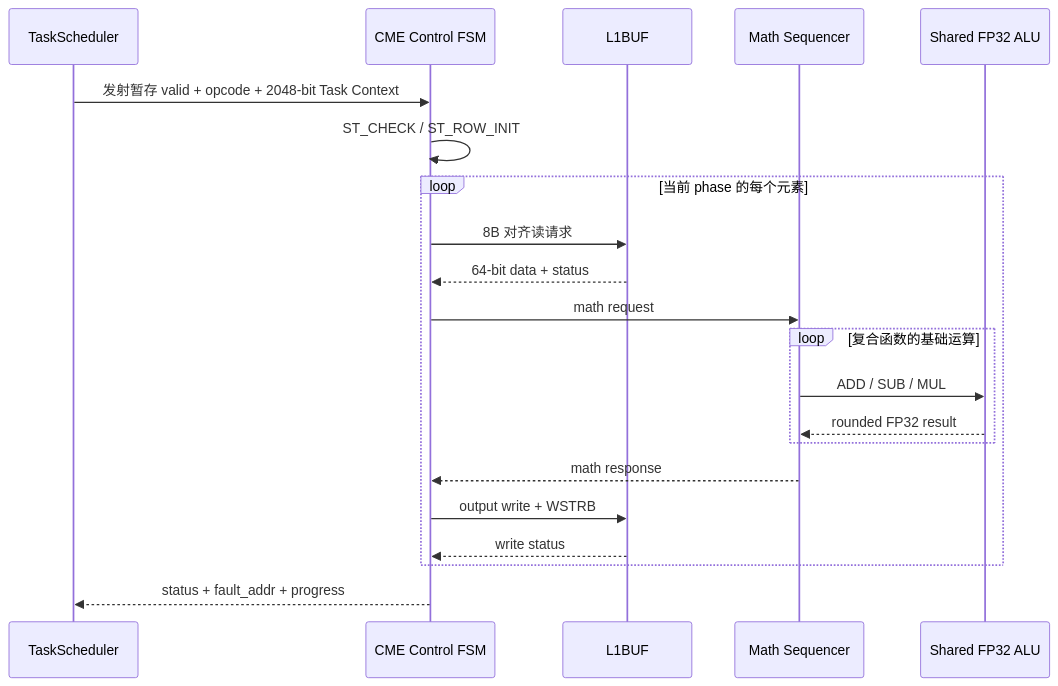
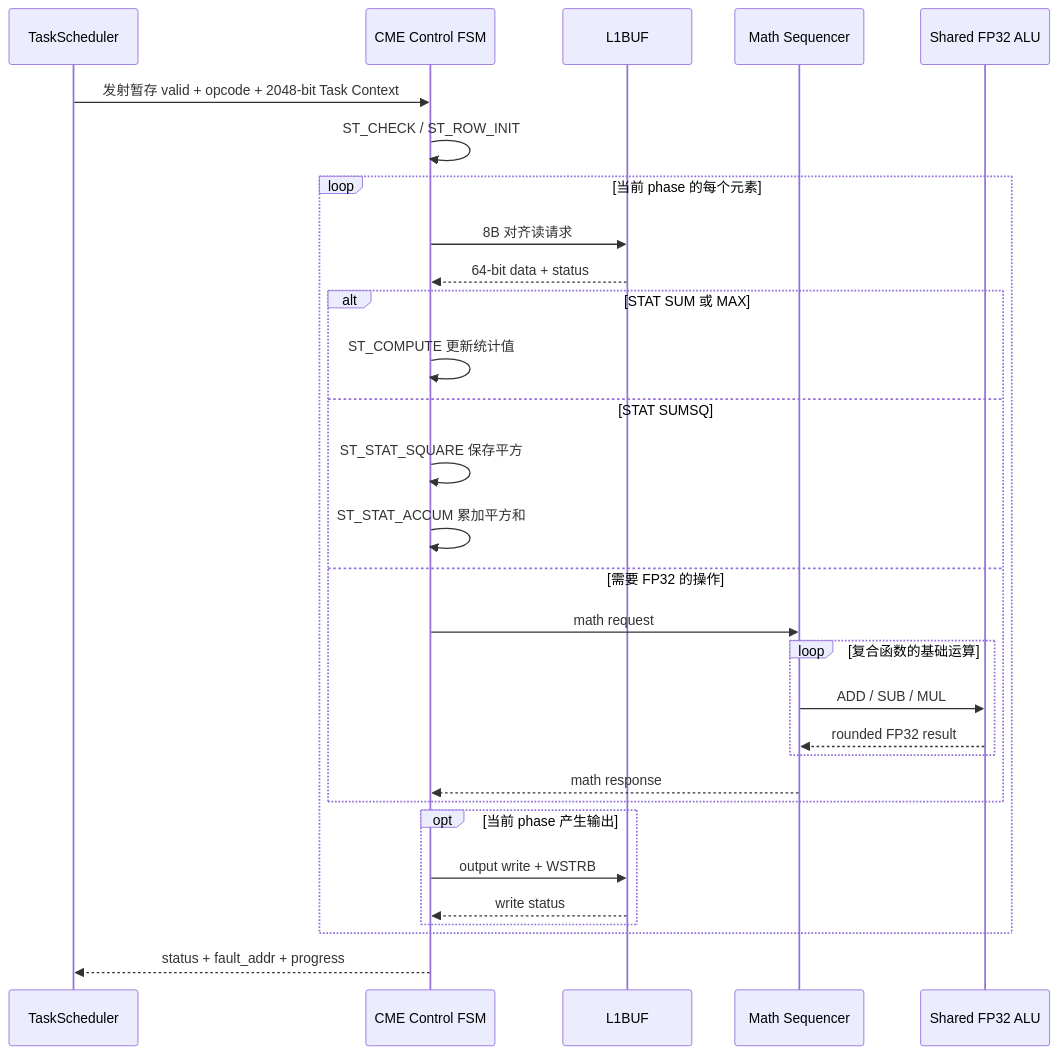
One commit to Little-W/Obsidian changed diagram 11 of 19 in NPU/NPU 指令与硬件架构设计 Spec.md. Above: the diagram before and after it, drawn with Mermaid. The commit also changed other lines of this file and 90 other files, not shown here.

````diff
--- a/NPU/NPU 指令与硬件架构设计 Spec.md
+++ b/NPU/NPU 指令与硬件架构设计 Spec.md
@@ -3626,24 +3708,33 @@
 ```mermaid
 sequenceDiagram
     participant TS as TaskScheduler
     participant CME as CME Control FSM
     participant L1 as L1BUF
     participant MS as Math Sequencer
     participant FA as Shared FP32 ALU
 
     TS->>CME: 发射暂存 valid + opcode + 2048-bit Task Context
     CME->>CME: ST_CHECK / ST_ROW_INIT
     loop 当前 phase 的每个元素
         CME->>L1: 8B 对齐读请求
         L1-->>CME: 64-bit data + status
-        CME->>MS: math request
-        loop 复合函数的基础运算
-            MS->>FA: ADD / SUB / MUL
-            FA-->>MS: rounded FP32 result
+        alt STAT SUM 或 MAX
+            CME->>CME: ST_COMPUTE 更新统计值
+        else STAT SUMSQ
+            CME->>CME: ST_STAT_SQUARE 保存平方
+            CME->>CME: ST_STAT_ACCUM 累加平方和
+        else 需要 FP32 的操作
+            CME->>MS: math request
+            loop 复合函数的基础运算
+                MS->>FA: ADD / SUB / MUL
+                FA-->>MS: rounded FP32 result
+            end
+            MS-->>CME: math response
         end
-        MS-->>CME: math response
-        CME->>L1: output write + WSTRB
-        L1-->>CME: write status
+        opt 当前 phase 产生输出
+            CME->>L1: output write + WSTRB
+            L1-->>CME: write status
+        end
     end
     CME-->>TS: status + fault_addr + progress
 ```
````
